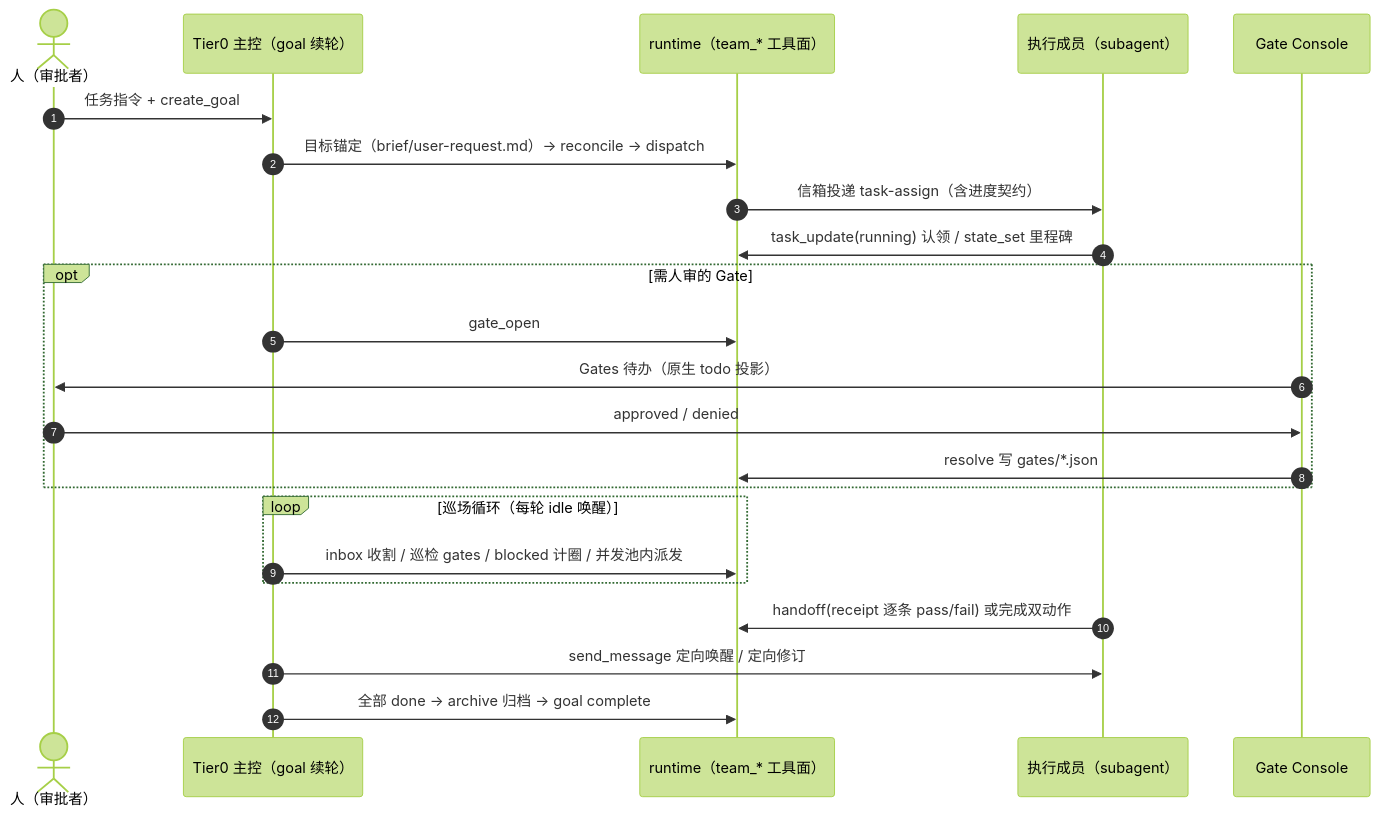
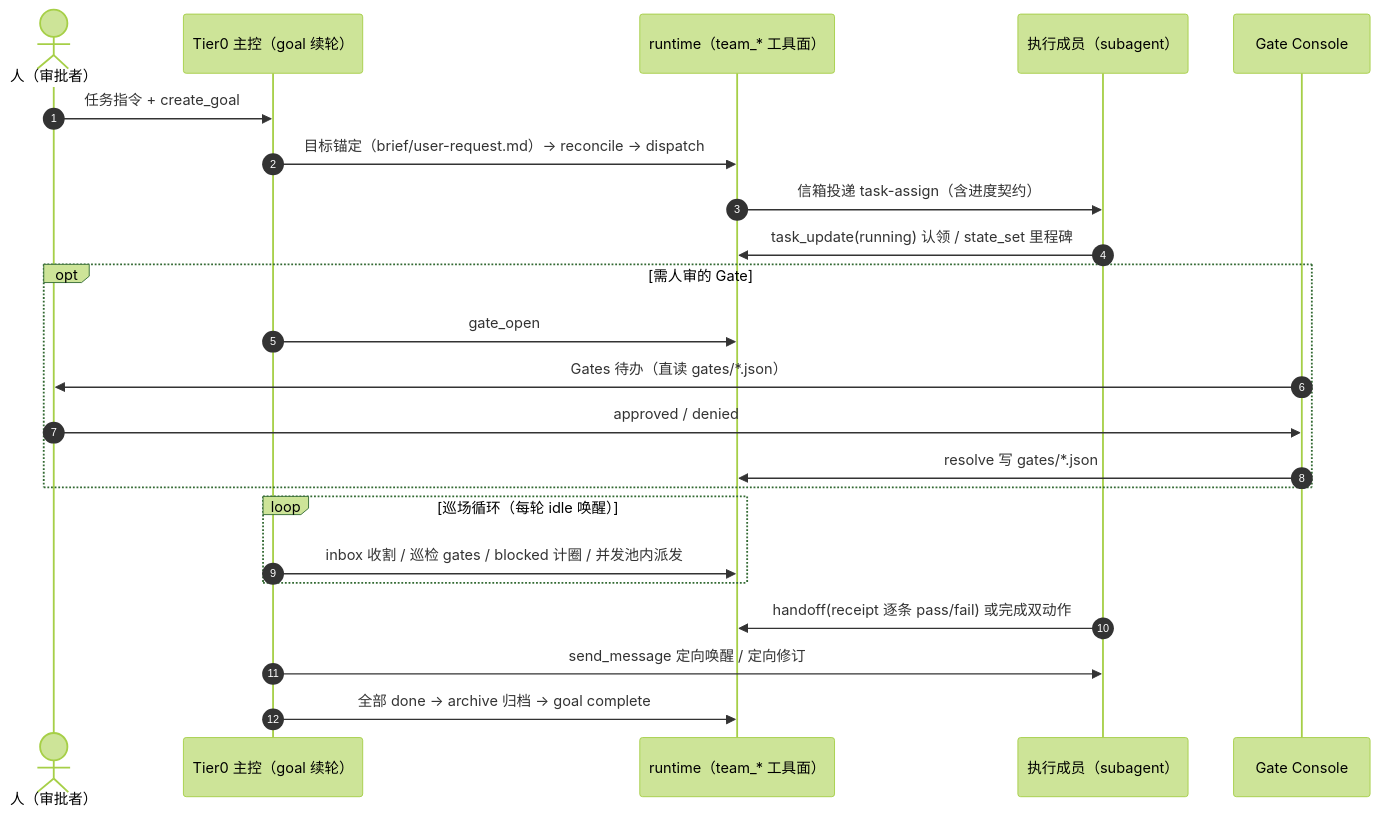
One commit to wingsky-1/xiaozhuge changed the second of 3 diagrams in docs/architecture.md. Above: the diagram before and after it, drawn with Mermaid (forest theme). The commit also changed other lines of this file, not shown here.

First line of the commit message:
docs: 审核修正——Gate 不占工具面、todo 无投影职责、写端点口径等八项（#41）

````diff
--- a/docs/architecture.md
+++ b/docs/architecture.md
@@ -89,26 +91,26 @@
 ```mermaid
 sequenceDiagram
     autonumber
     actor U as 人（审批者）
     participant M as Tier0 主控（goal 续轮）
     participant R as runtime（team_* 工具面）
     participant W as 执行成员（subagent）
     participant C as Gate Console
 
     U->>M: 任务指令 + create_goal
     M->>R: 目标锚定（brief/user-request.md）→ reconcile → dispatch
     R->>W: 信箱投递 task-assign（含进度契约）
     W->>R: task_update(running) 认领 / state_set 里程碑
     opt 需人审的 Gate
         M->>R: gate_open
-        C->>U: Gates 待办（原生 todo 投影）
+        C->>U: Gates 待办（直读 gates/*.json）
         U->>C: approved / denied
         C->>R: resolve 写 gates/*.json
     end
     loop 巡场循环（每轮 idle 唤醒）
         M->>R: inbox 收割 / 巡检 gates / blocked 计圈 / 并发池内派发
     end
     W->>R: handoff(receipt 逐条 pass/fail) 或完成双动作
     M->>W: send_message 定向唤醒 / 定向修订
     M->>R: 全部 done → archive 归档 → goal complete
 ```
````
